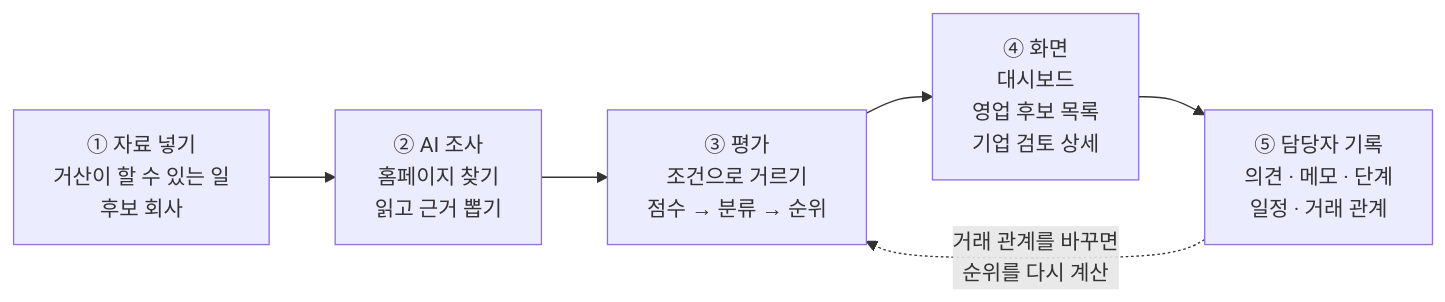
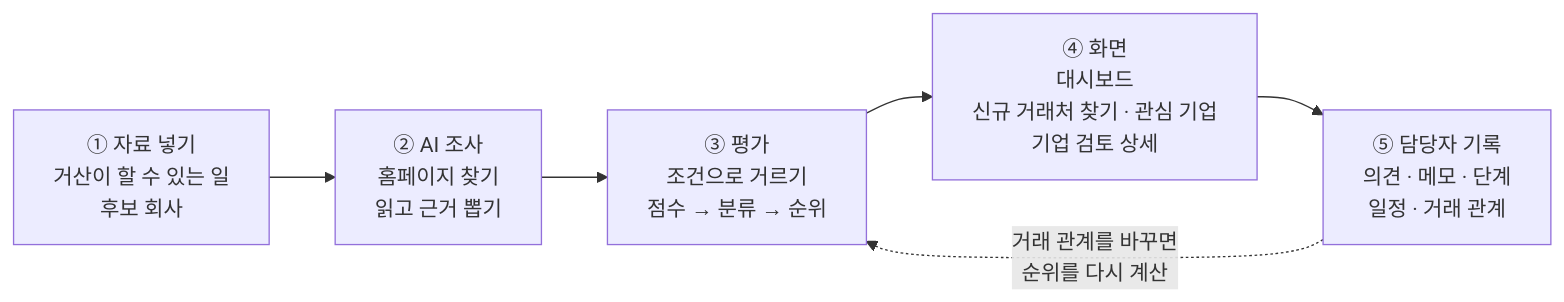
One commit to agent-ddalgi-team/final-geosan changed the first of 2 diagrams in docs/map/README.md. Above: the diagram before and after it, drawn with Mermaid. The commit also changed other lines of this file and 3 other files, not shown here.

````diff
--- a/docs/map/README.md
+++ b/docs/map/README.md
@@ -25,10 +25,10 @@
 ```mermaid
 flowchart LR
     A["① 자료 넣기<br/>거산이 할 수 있는 일<br/>후보 회사"]
     B["② AI 조사<br/>홈페이지 찾기<br/>읽고 근거 뽑기"]
     C["③ 평가<br/>조건으로 거르기<br/>점수 → 분류 → 순위"]
-    D["④ 화면<br/>대시보드<br/>영업 후보 목록<br/>기업 검토 상세"]
+    D["④ 화면<br/>대시보드<br/>신규 거래처 찾기 · 관심 기업<br/>기업 검토 상세"]
     E["⑤ 담당자 기록<br/>의견 · 메모 · 단계<br/>일정 · 거래 관계"]
     A --> B --> C --> D --> E
     E -.->|"거래 관계를 바꾸면<br/>순위를 다시 계산"| C
 ```
````
